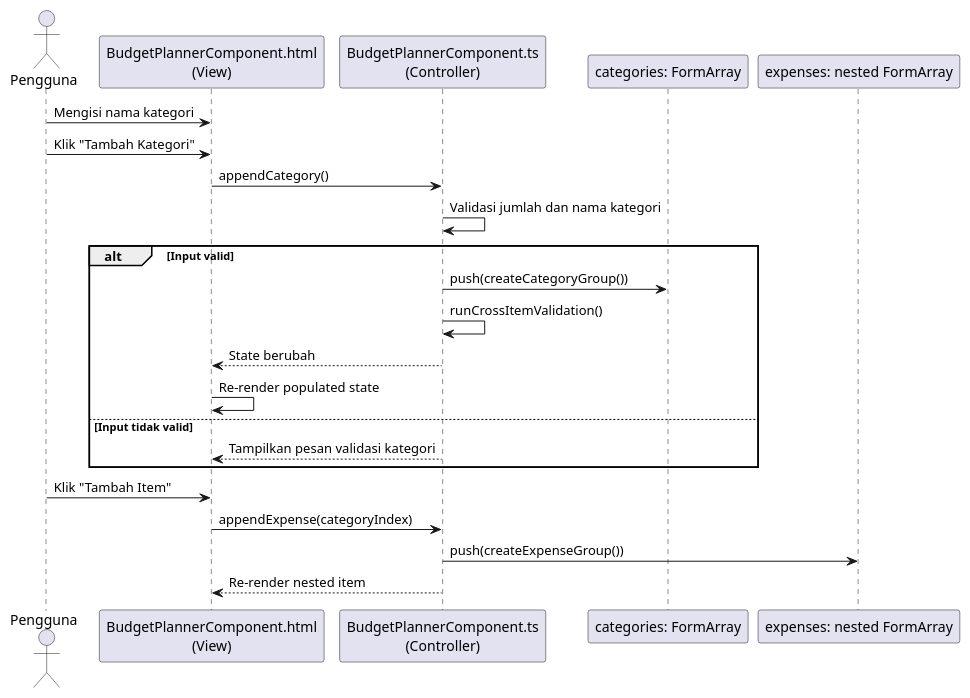
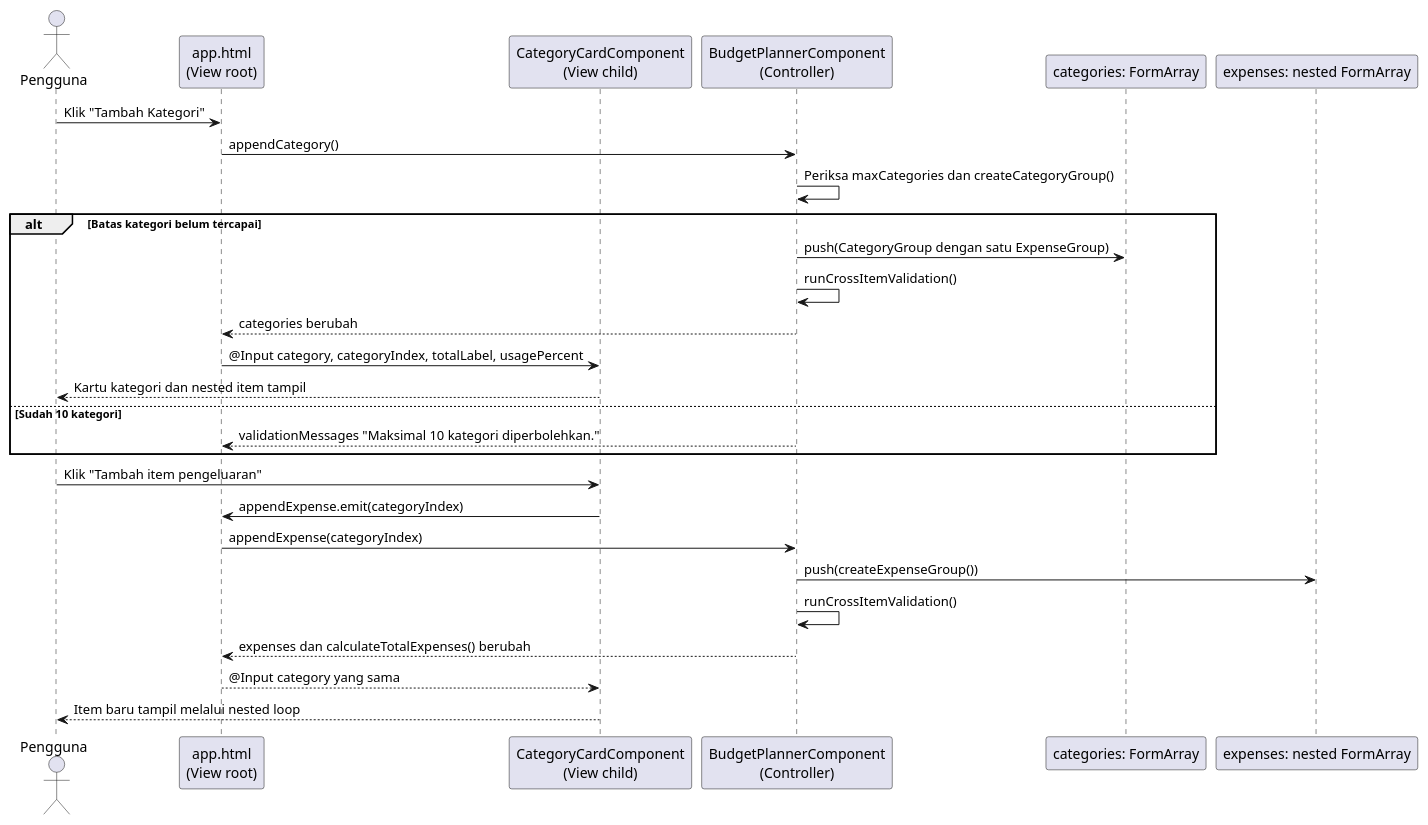
Before and after one commit to Rifatdhy/BudgetKU: the second of 3 diagrams in file.md, drawn with PlantUML. The commit also changed other lines of this file and 26 other files, not shown here.

````diff
--- a/file.md
+++ b/file.md
@@ -537,27 +549,32 @@
 ```plantuml
 @startuml
 actor Pengguna
-participant "BudgetPlannerComponent.html\n(View)" as View
-participant "BudgetPlannerComponent.ts\n(Controller)" as Controller
+participant "app.html\n(View root)" as View
+participant "CategoryCardComponent\n(View child)" as CategoryView
+participant "BudgetPlannerComponent\n(Controller)" as Controller
 participant "categories: FormArray" as Categories
 participant "expenses: nested FormArray" as Expenses
 
-Pengguna -> View : Mengisi nama kategori
 Pengguna -> View : Klik "Tambah Kategori"
 View -> Controller : appendCategory()
-Controller -> Controller : Validasi jumlah dan nama kategori
-alt Input valid
-  Controller -> Categories : push(createCategoryGroup())
+Controller -> Controller : Periksa maxCategories dan createCategoryGroup()
+alt Batas kategori belum tercapai
+  Controller -> Categories : push(CategoryGroup dengan satu ExpenseGroup)
   Controller -> Controller : runCrossItemValidation()
-  Controller --> View : State berubah
-  View -> View : Re-render populated state
-else Input tidak valid
-  Controller --> View : Tampilkan pesan validasi kategori
+  Controller --> View : categories berubah
+  View -> CategoryView : @Input category, categoryIndex, totalLabel, usagePercent
+  CategoryView --> Pengguna : Kartu kategori dan nested item tampil
+else Sudah 10 kategori
+  Controller --> View : validationMessages "Maksimal 10 kategori diperbolehkan."
 end
 
-Pengguna -> View : Klik "Tambah Item"
+Pengguna -> CategoryView : Klik "Tambah item pengeluaran"
+CategoryView -> View : appendExpense.emit(categoryIndex)
 View -> Controller : appendExpense(categoryIndex)
 Controller -> Expenses : push(createExpenseGroup())
-Controller --> View : Re-render nested item
+Controller -> Controller : runCrossItemValidation()
+Controller --> View : expenses dan calculateTotalExpenses() berubah
+View --> CategoryView : @Input category yang sama
+CategoryView --> Pengguna : Item baru tampil melalui nested loop
 @enduml
 ```
````
